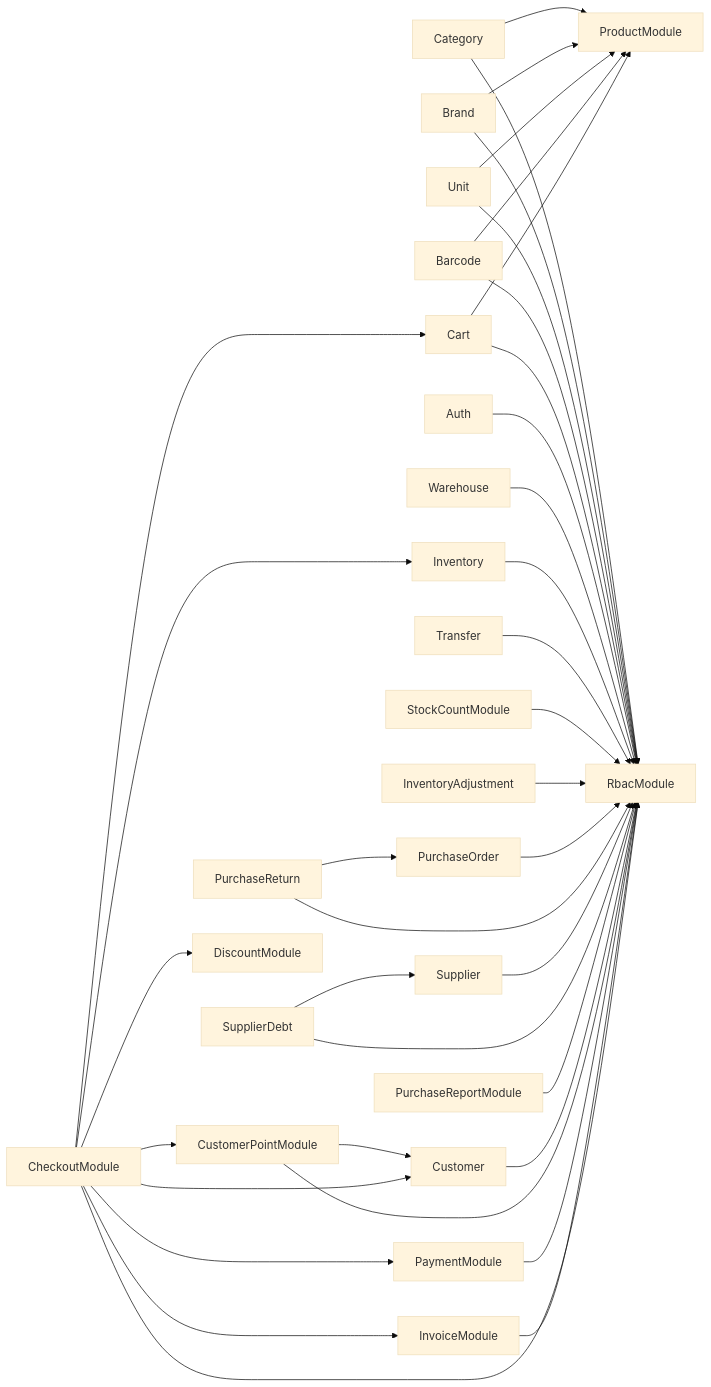
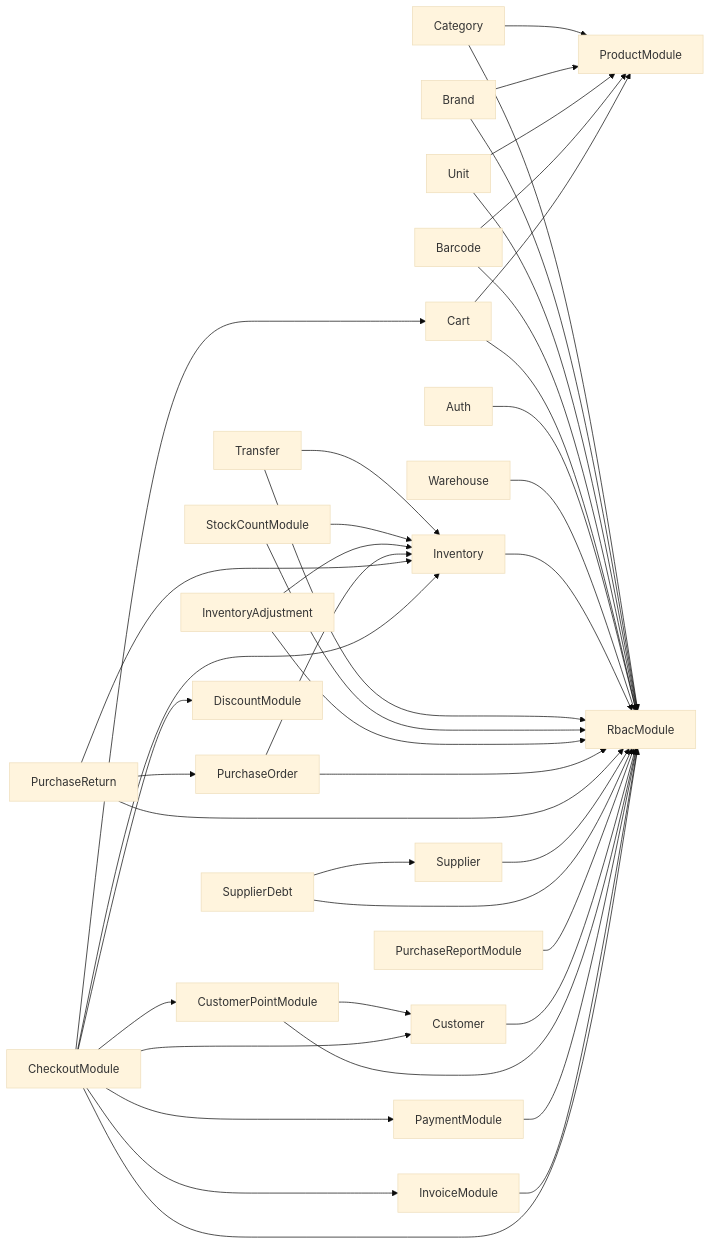
One commit to huanthoi2311-commits/Kiotviet-Off changed the diagram in docs/architecture/dependency-graph.md. Above: the diagram before and after it, drawn with Mermaid (base theme). The commit also changed other lines of this file and 56 other files, not shown here.

````diff
--- a/docs/architecture/dependency-graph.md
+++ b/docs/architecture/dependency-graph.md
@@ -55,42 +55,47 @@
 ```mermaid
 graph LR
   Rbac[RbacModule]
   Product[ProductModule]
   Category --> Rbac
   Category --> Product
   Brand --> Rbac
   Brand --> Product
   Unit --> Rbac
   Unit --> Product
   Barcode --> Rbac
   Barcode --> Product
   Cart --> Rbac
   Cart --> Product
   Auth --> Rbac
   Warehouse --> Rbac
   Inventory --> Rbac
   Transfer --> Rbac
+  Transfer --> Inventory
   StockCount[StockCountModule] --> Rbac
+  StockCount --> Inventory
   InventoryAdjustment --> Rbac
+  InventoryAdjustment --> Inventory
   PurchaseOrder --> Rbac
+  PurchaseOrder --> Inventory
   PurchaseReturn --> Rbac
   PurchaseReturn --> PurchaseOrder
+  PurchaseReturn --> Inventory
   Supplier --> Rbac
   SupplierDebt --> Rbac
   SupplierDebt --> Supplier
   PurchaseReport[PurchaseReportModule] --> Rbac
   Customer --> Rbac
   CustomerPoint[CustomerPointModule] --> Rbac
   CustomerPoint --> Customer
   Discount[DiscountModule]
   Payment[PaymentModule] --> Rbac
   Invoice[InvoiceModule] --> Rbac
   Checkout[CheckoutModule] --> Rbac
   Checkout --> Cart
   Checkout --> Customer
   Checkout --> CustomerPoint
   Checkout --> Inventory
   Checkout --> Discount
   Checkout --> Invoice
   Checkout --> Payment
 ```
````
